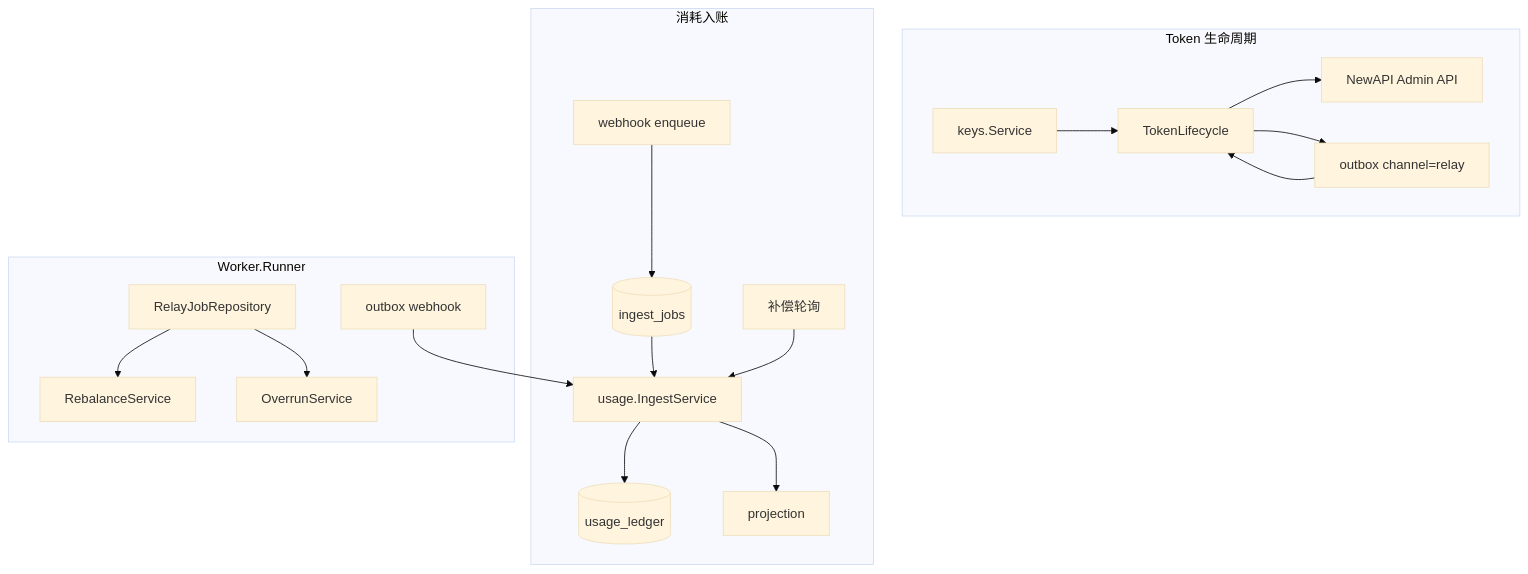
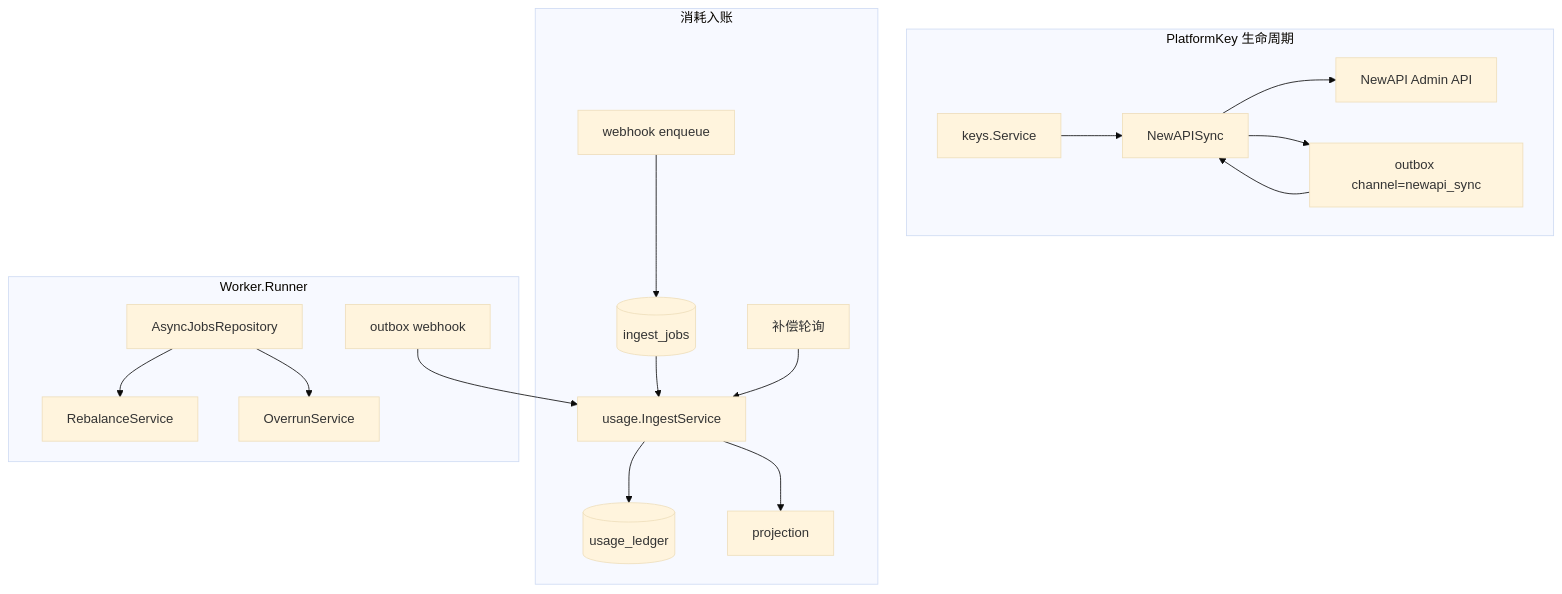
One commit to quyip8818/mytokenjoy changed the fourth of 6 diagrams in docs/Backend-架构.md. Above: the diagram before and after it, drawn with Mermaid (base theme). The commit also changed other lines of this file and 169 other files, not shown here.

````diff
--- a/docs/Backend-架构.md
+++ b/docs/Backend-架构.md
@@ -287,23 +287,23 @@
 ```mermaid
 flowchart TB
-  subgraph lifecycle [Token 生命周期]
-    KEYS[keys.Service] --> LC[TokenLifecycle]
+  subgraph lifecycle [PlatformKey 生命周期]
+    KEYS[keys.Service] --> LC[NewAPISync]
     LC --> NA_API[NewAPI Admin API]
-    LC --> OB_R[outbox channel=relay]
+    LC --> OB_R[outbox channel=newapi_sync]
   end
 
   subgraph ingest [消耗入账]
     WH[webhook enqueue] --> Q[(ingest_jobs)]
     Q --> ING[usage.IngestService]
     COMP[补偿轮询] --> ING
     ING --> LEDGER[(usage_ledger)]
     ING --> PROJ[projection]
   end
 
   subgraph worker [Worker.Runner]
     OB_R --> LC
     OB_W[outbox webhook] --> ING
-    JOBS[RelayJobRepository] --> RBS[RebalanceService]
+    JOBS[AsyncJobsRepository] --> RBS[RebalanceService]
     JOBS --> OVS[OverrunService]
   end
 ```
````
